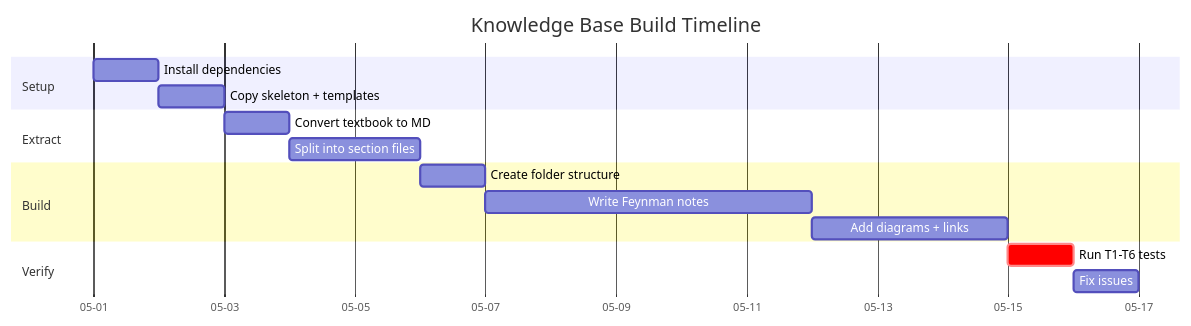
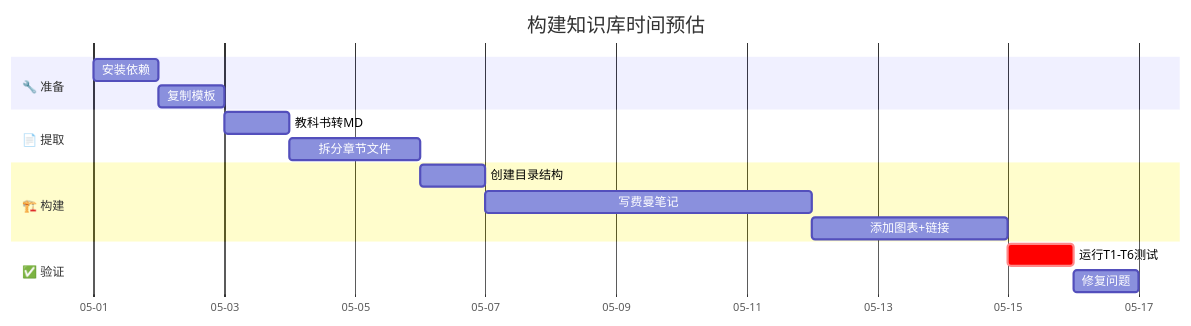
Before and after one commit to 3229218431/FeynFlow: the fourth of 10 diagrams in README.md, drawn with Mermaid. The commit also changed 2 other files, not shown here.

Commit message:
Sync all 3 READMEs: Chinese/English/Spanish with matching core content. Fix gantt with proper date format + Chinese labels. All charts localized per language.

````diff
--- a/README.md
+++ b/README.md
@@ -125,19 +125,19 @@
 ```mermaid
 gantt
-    title Knowledge Base Build Timeline
+    title 构建知识库时间预估
     dateFormat  YYYY-MM-DD
     axisFormat  %m-%d
-    section Setup
-    Install dependencies       :a1, 2026-05-01, 1d
-    Copy skeleton + templates  :a2, 2026-05-02, 1d
-    section Extract
-    Convert textbook to MD     :b1, 2026-05-03, 1d
-    Split into section files   :b2, 2026-05-04, 2d
-    section Build
-    Create folder structure    :c1, 2026-05-06, 1d
-    Write Feynman notes        :c2, 2026-05-07, 5d
-    Add diagrams + links       :c3, 2026-05-12, 3d
-    section Verify
-    Run T1-T6 tests            :crit, d1, 2026-05-15, 1d
-    Fix issues                 :d2, 2026-05-16, 1d
+    section 🔧 准备
+    安装依赖           :a1, 2026-05-01, 1d
+    复制模板           :a2, 2026-05-02, 1d
+    section 📄 提取
+    教科书转MD         :b1, 2026-05-03, 1d
+    拆分章节文件       :b2, 2026-05-04, 2d
+    section 🏗️ 构建
+    创建目录结构       :c1, 2026-05-06, 1d
+    写费曼笔记         :c2, 2026-05-07, 5d
+    添加图表+链接      :c3, 2026-05-12, 3d
+    section ✅ 验证
+    运行T1-T6测试      :crit, d1, 2026-05-15, 1d
+    修复问题           :d2, 2026-05-16, 1d
 ```
````
